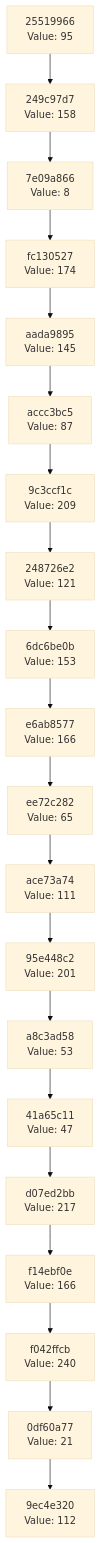
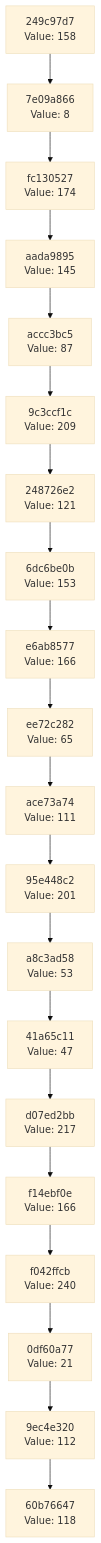
One commit to Abhisheksinha1506/hash-chain-evolver changed the diagram in docs/CHAIN_VISUALIZATION.md. Above: the diagram before and after it, drawn with Mermaid (base theme). The commit also changed 3 other files, not shown here.

````diff
--- a/docs/CHAIN_VISUALIZATION.md
+++ b/docs/CHAIN_VISUALIZATION.md
@@ -3,42 +3,42 @@
 ```mermaid
 graph TD
-    C0["9ec4e320<br/>Value: 112"]
-    C1["0df60a77<br/>Value: 21"]
+    C0["60b76647<br/>Value: 118"]
+    C1["9ec4e320<br/>Value: 112"]
     C1 --> C0
-    C2["f042ffcb<br/>Value: 240"]
+    C2["0df60a77<br/>Value: 21"]
     C2 --> C1
-    C3["f14ebf0e<br/>Value: 166"]
+    C3["f042ffcb<br/>Value: 240"]
     C3 --> C2
-    C4["d07ed2bb<br/>Value: 217"]
+    C4["f14ebf0e<br/>Value: 166"]
     C4 --> C3
-    C5["41a65c11<br/>Value: 47"]
+    C5["d07ed2bb<br/>Value: 217"]
     C5 --> C4
-    C6["a8c3ad58<br/>Value: 53"]
+    C6["41a65c11<br/>Value: 47"]
     C6 --> C5
-    C7["95e448c2<br/>Value: 201"]
+    C7["a8c3ad58<br/>Value: 53"]
     C7 --> C6
-    C8["ace73a74<br/>Value: 111"]
+    C8["95e448c2<br/>Value: 201"]
     C8 --> C7
-    C9["ee72c282<br/>Value: 65"]
+    C9["ace73a74<br/>Value: 111"]
     C9 --> C8
-    C10["e6ab8577<br/>Value: 166"]
+    C10["ee72c282<br/>Value: 65"]
     C10 --> C9
-    C11["6dc6be0b<br/>Value: 153"]
+    C11["e6ab8577<br/>Value: 166"]
     C11 --> C10
-    C12["248726e2<br/>Value: 121"]
+    C12["6dc6be0b<br/>Value: 153"]
     C12 --> C11
-    C13["9c3ccf1c<br/>Value: 209"]
+    C13["248726e2<br/>Value: 121"]
     C13 --> C12
-    C14["accc3bc5<br/>Value: 87"]
+    C14["9c3ccf1c<br/>Value: 209"]
     C14 --> C13
-    C15["aada9895<br/>Value: 145"]
+    C15["accc3bc5<br/>Value: 87"]
     C15 --> C14
-    C16["fc130527<br/>Value: 174"]
+    C16["aada9895<br/>Value: 145"]
     C16 --> C15
-    C17["7e09a866<br/>Value: 8"]
+    C17["fc130527<br/>Value: 174"]
     C17 --> C16
-    C18["249c97d7<br/>Value: 158"]
+    C18["7e09a866<br/>Value: 8"]
     C18 --> C17
-    C19["25519966<br/>Value: 95"]
+    C19["249c97d7<br/>Value: 158"]
     C19 --> C18
 ```
````
